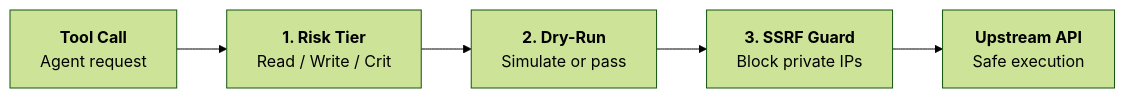
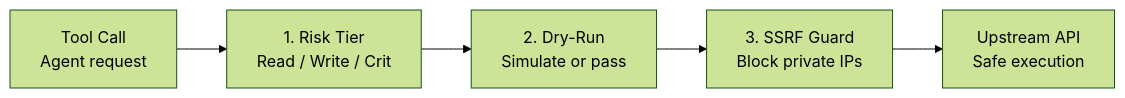
Before and after one commit to BraveRam/postmcp: the diagram in packages/studio/content/docs/safety/index.mdx, drawn with Mermaid (forest theme). The commit also changed 12 other files, not shown here.

Commit message:
docs(mermaid): fix edge statement grammar and scrub obsolete preset references across documentation

````diff
--- a/packages/studio/content/docs/safety/index.mdx
+++ b/packages/studio/content/docs/safety/index.mdx
@@ -40,8 +40,7 @@
 ```mermaid
 flowchart LR
-  Call["<b>Tool Call</b><br/>Agent request"]
-  --> Tier["<b>1. Risk Tier</b><br/>Read / Write / Crit"]
-  --> Dry["<b>2. Dry-Run</b><br/>Simulate or pass"]
-  --> SSRF["<b>3. SSRF Guard</b><br/>Block private IPs"]
-  --> Exec["<b>Upstream API</b><br/>Safe execution"]
+  Call["Tool Call<br/>Agent request"] --> Tier["1. Risk Tier<br/>Read / Write / Crit"]
+  Tier --> Dry["2. Dry-Run<br/>Simulate or pass"]
+  Dry --> SSRF["3. SSRF Guard<br/>Block private IPs"]
+  SSRF --> Exec["Upstream API<br/>Safe execution"]
 ```
````
